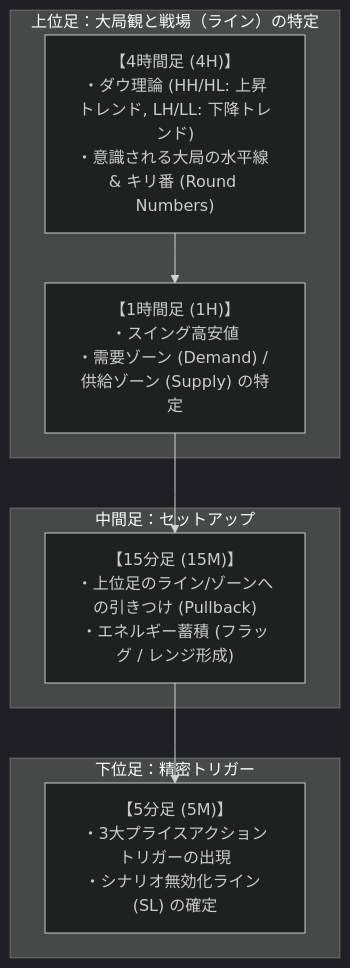
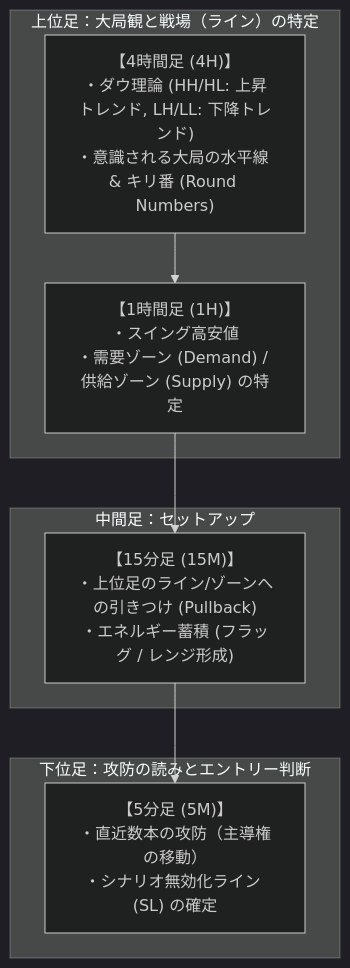
One commit to taiki-nd/ntrade changed the diagram in docs/02_trading_strategy.md. Above: the diagram before and after it, drawn with Mermaid (dark theme). The commit also changed other lines of this file and 5 other files, not shown here.

````diff
--- a/docs/02_trading_strategy.md
+++ b/docs/02_trading_strategy.md
@@ -31,17 +33,17 @@
 ```mermaid
 flowchart TD
     subgraph HigherTimeframes["上位足：大局観と戦場（ライン）の特定"]
         H4["【4時間足 (4H)】\n・ダウ理論 (HH/HL: 上昇トレンド, LH/LL: 下降トレンド)\n・意識される大局の水平線 & キリ番 (Round Numbers)"]
         H1["【1時間足 (1H)】\n・スイング高安値\n・需要ゾーン (Demand) / 供給ゾーン (Supply) の特定"]
     end
 
     subgraph Intermediate["中間足：セットアップ"]
         M15["【15分足 (15M)】\n・上位足のライン/ゾーンへの引きつけ (Pullback)\n・エネルギー蓄積 (フラッグ / レンジ形成)"]
     end
 
-    subgraph LowerTimeframe["下位足：精密トリガー"]
-        M5["【5分足 (5M)】\n・3大プライスアクショントリガーの出現\n・シナリオ無効化ライン (SL) の確定"]
+    subgraph LowerTimeframe["下位足：攻防の読みとエントリー判断"]
+        M5["【5分足 (5M)】\n・直近数本の攻防（主導権の移動）\n・シナリオ無効化ライン (SL) の確定"]
     end
 
     H4 --> H1 --> M15 --> M5
 ```
````
